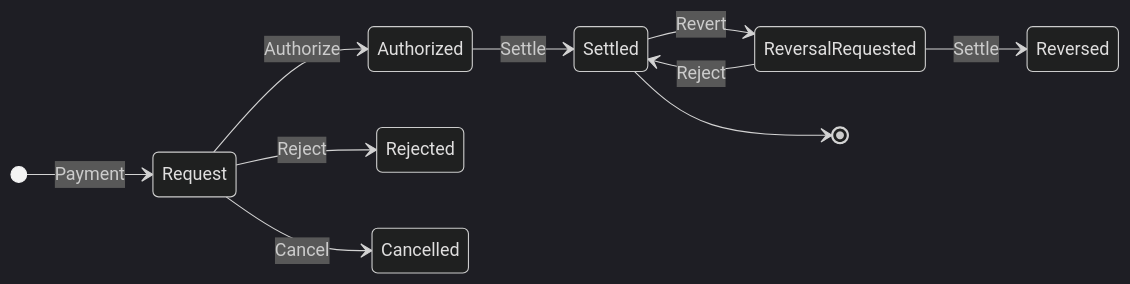
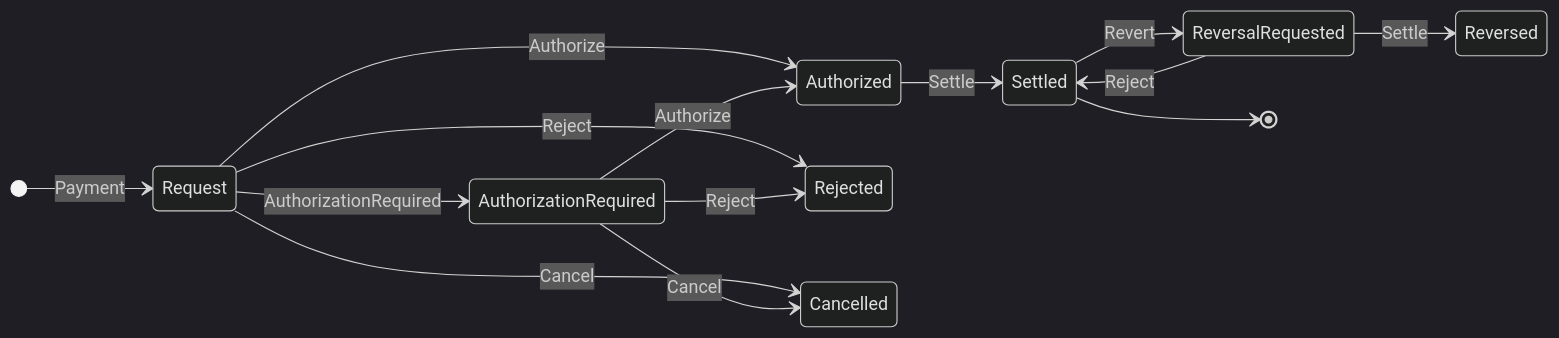
Before and after one commit to TransactionAuthorizationProtocol/TAIPs: the first of 6 diagrams in TAIPs/taip-14.md, drawn with Mermaid (dark theme). The commit also changed other lines of this file, not shown here.

First line of the commit message:
Add AuthorizationRequired flow documentation to TAIP-14 Payments

````diff
--- a/TAIPs/taip-14.md
+++ b/TAIPs/taip-14.md
@@ -70,13 +71,17 @@
 ```mermaid
 stateDiagram-v2
     direction lr
     [*] --> Request : Payment
+    Request --> AuthorizationRequired : AuthorizationRequired
     Request --> Authorized : Authorize
     Request --> Rejected : Reject
     Request --> Cancelled : Cancel
+    AuthorizationRequired --> Authorized : Authorize
+    AuthorizationRequired --> Rejected : Reject
+    AuthorizationRequired --> Cancelled : Cancel
     Authorized --> Settled : Settle
     Settled --> ReversalRequested: Revert
     ReversalRequested --> Reversed: Settle
     ReversalRequested --> Settled: Reject
     Settled --> [*]
 ```
````
